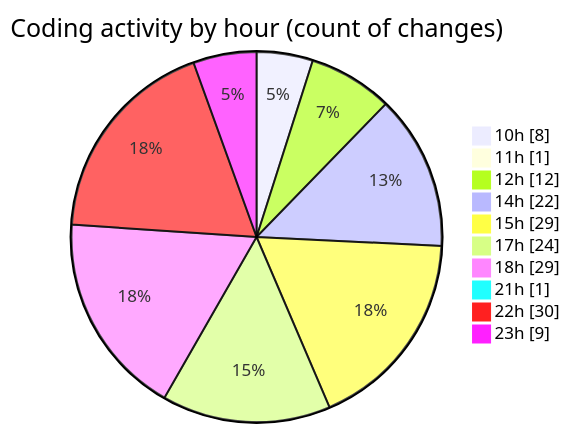
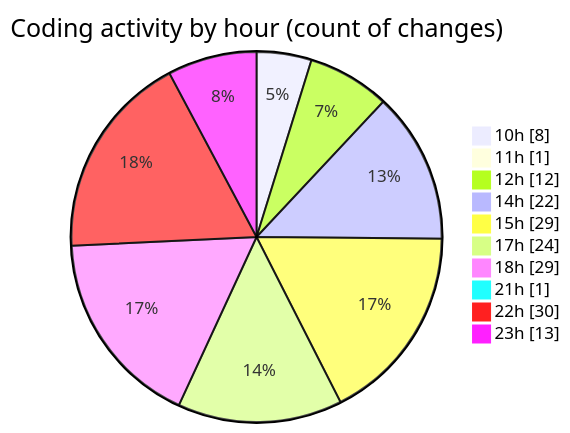
Before and after one commit to momahboobian/code-tracking: the second of 2 diagrams in 2025-07-31/cda/README.md, drawn with Mermaid. The commit also changed other lines of this file and 1 other file, not shown here.

````diff
--- a/2025-07-31/cda/README.md
+++ b/2025-07-31/cda/README.md
@@ -41,14 +41,14 @@
 ```mermaid
 pie showData
 title Coding activity by hour (count of changes)
 "10h" : 8
 "11h" : 1
 "12h" : 12
 "14h" : 22
 "15h" : 29
 "17h" : 24
 "18h" : 29
 "21h" : 1
 "22h" : 30
-"23h" : 9
+"23h" : 13
 ```
````
